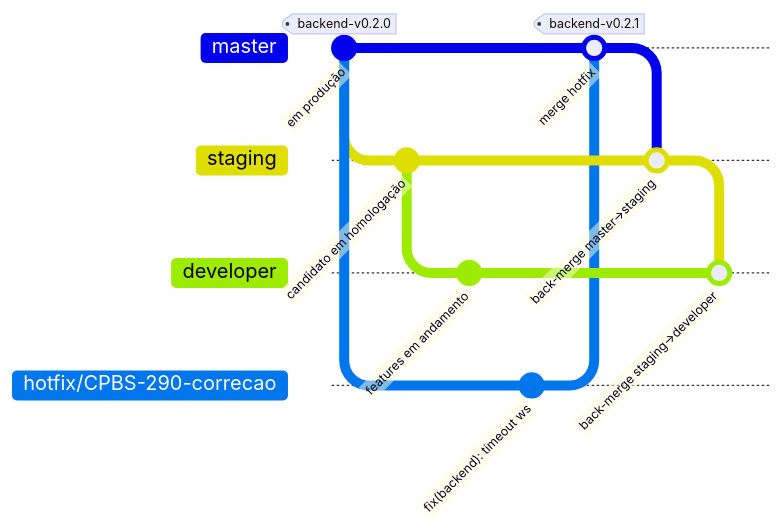
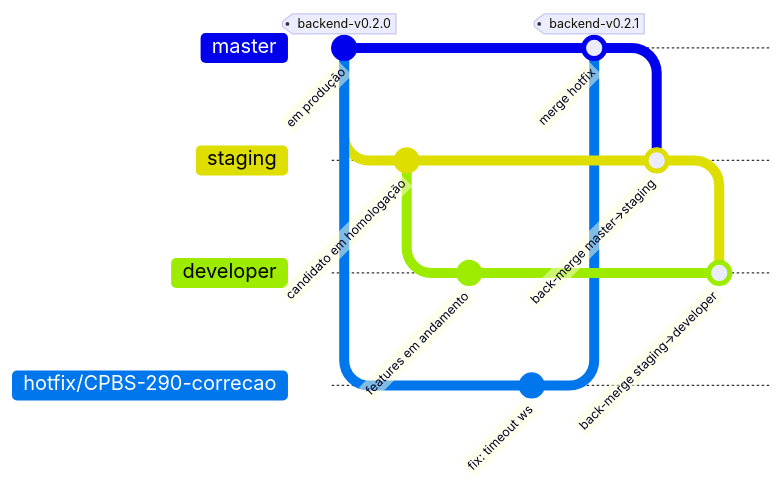
Before and after one commit to oseasmoreto/bot-chat: the third of 4 diagrams in backend/CONTRIBUTING.md, drawn with Mermaid. The commit also changed other lines of this file and 32 other files, not shown here.

````diff
--- a/backend/CONTRIBUTING.md
+++ b/backend/CONTRIBUTING.md
@@ -146,18 +146,18 @@
 ```mermaid
 %%{init: {'gitGraph': {'mainBranchName': 'master'}}}%%
 gitGraph
     commit id: "em produção" tag: "backend-v0.2.0"
     branch staging
     commit id: "candidato em homologação"
     branch developer
     commit id: "features em andamento"
     checkout master
     branch hotfix/CPBS-290-correcao
-    commit id: "fix(backend): timeout ws"
+    commit id: "fix: timeout ws"
     checkout master
     merge hotfix/CPBS-290-correcao id: "merge hotfix" tag: "backend-v0.2.1"
     checkout staging
     merge master id: "back-merge master→staging"
     checkout developer
     merge staging id: "back-merge staging→developer"
 ```
````
